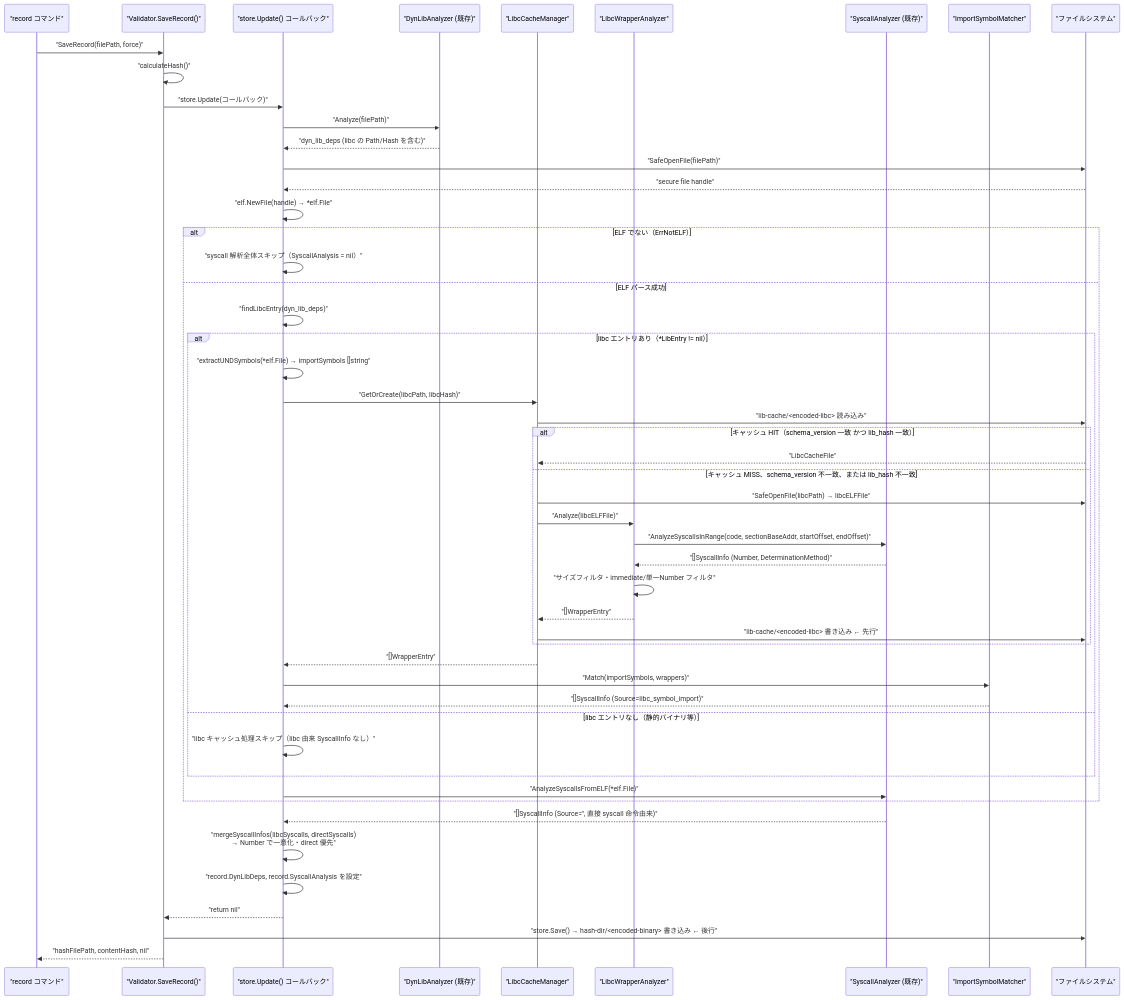
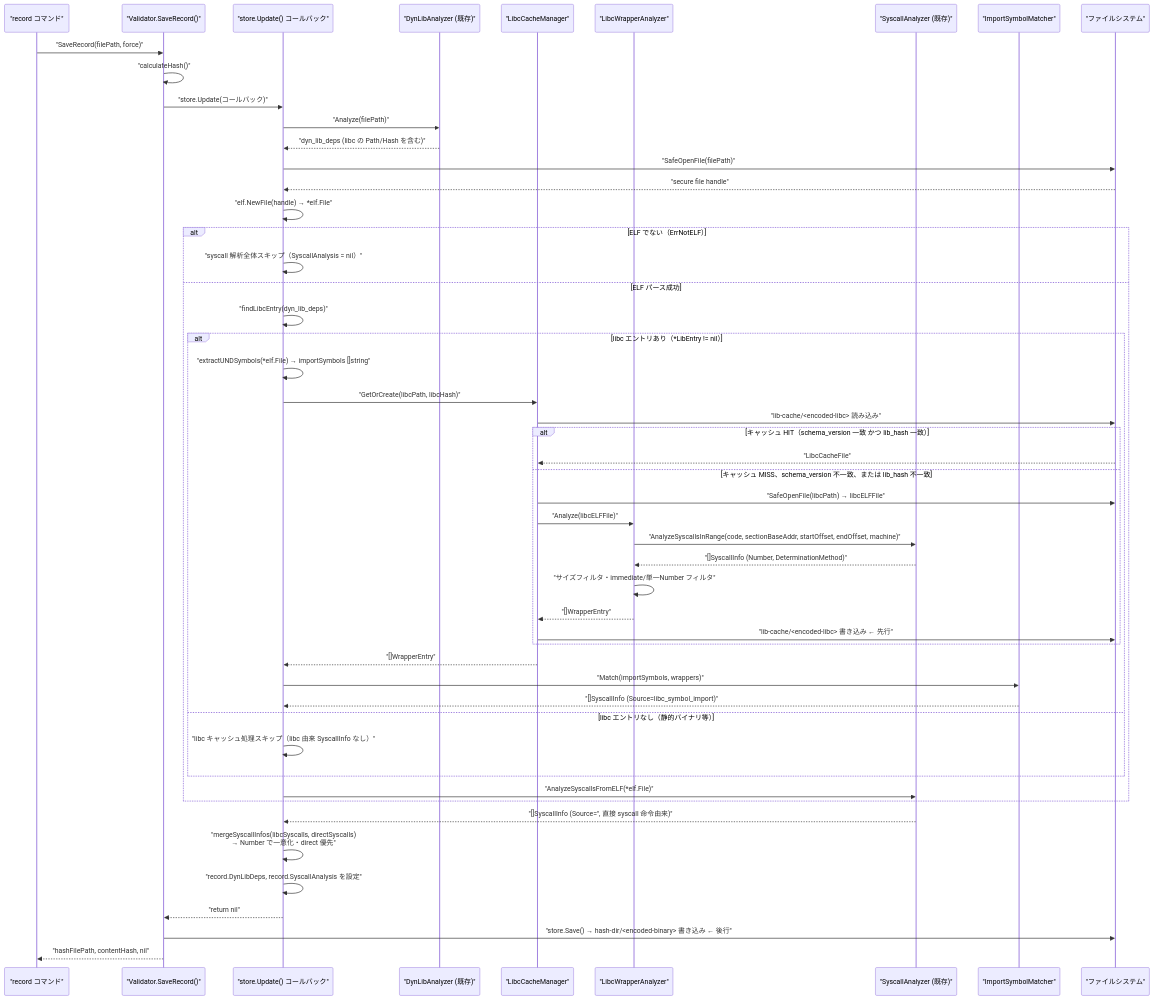
Before and after one commit to isseis/go-safe-cmd-runner: the fourth of 9 diagrams in docs/tasks/0079_libc_syscall_wrapper_cache/02_architecture.md, drawn with Mermaid. The commit also changed other lines of this file and 1 other file, not shown here.

First line of the commit message:
docs(tasks/0079): fix AnalyzeSyscallsInRange signature to add machine argument

````diff
--- a/docs/tasks/0079_libc_syscall_wrapper_cache/02_architecture.md
+++ b/docs/tasks/0079_libc_syscall_wrapper_cache/02_architecture.md
@@ -123,54 +123,54 @@
 ```mermaid
 sequenceDiagram
     participant RC as "record コマンド"
     participant V as "Validator.SaveRecord()"
     participant CB as "store.Update() コールバック"
     participant DA as "DynLibAnalyzer (既存)"
     participant CM as "LibcCacheManager"
     participant WA as "LibcWrapperAnalyzer"
     participant SA as "SyscallAnalyzer (既存)"
     participant IM as "ImportSymbolMatcher"
     participant FS as "ファイルシステム"
 
     RC->>V: "SaveRecord(filePath, force)"
     V->>V: "calculateHash()"
     V->>CB: "store.Update(コールバック)"
     CB->>DA: "Analyze(filePath)"
     DA-->>CB: "dyn_lib_deps (libc の Path/Hash を含む)"
     CB->>FS: "SafeOpenFile(filePath)"
     FS-->>CB: "secure file handle"
     CB->>CB: "elf.NewFile(handle) → *elf.File"
     alt ELF でない（ErrNotELF）
         CB->>CB: "syscall 解析全体スキップ（SyscallAnalysis = nil）"
     else ELF パース成功
         CB->>CB: "findLibcEntry(dyn_lib_deps)"
         alt libc エントリあり（*LibEntry != nil）
             CB->>CB: "extractUNDSymbols(*elf.File) → importSymbols []string"
             CB->>CM: "GetOrCreate(libcPath, libcHash)"
             CM->>FS: "lib-cache/<encoded-libc> 読み込み"
             alt キャッシュ HIT（schema_version 一致 かつ lib_hash 一致）
                 FS-->>CM: "LibcCacheFile"
             else キャッシュ MISS、schema_version 不一致、または lib_hash 不一致
                 CM->>FS: "SafeOpenFile(libcPath) → libcELFFile"
                 CM->>WA: "Analyze(libcELFFile)"
-                WA->>SA: "AnalyzeSyscallsInRange(code, sectionBaseAddr, startOffset, endOffset)"
+                WA->>SA: "AnalyzeSyscallsInRange(code, sectionBaseAddr, startOffset, endOffset, machine)"
                 SA-->>WA: "[]SyscallInfo (Number, DeterminationMethod)"
                 WA->>WA: "サイズフィルタ・immediate/単一Number フィルタ"
                 WA-->>CM: "[]WrapperEntry"
                 CM->>FS: "lib-cache/<encoded-libc> 書き込み  ← 先行"
             end
             CM-->>CB: "[]WrapperEntry"
             CB->>IM: "Match(importSymbols, wrappers)"
             IM-->>CB: "[]SyscallInfo (Source=libc_symbol_import)"
         else libc エントリなし（静的バイナリ等）
             CB->>CB: "libc キャッシュ処理スキップ（libc 由来 SyscallInfo なし）"
         end
         CB->>SA: "AnalyzeSyscallsFromELF(*elf.File)"
     end
     SA-->>CB: "[]SyscallInfo (Source='', 直接 syscall 命令由来)"
     CB->>CB: "mergeSyscallInfos(libcSyscalls, directSyscalls)<br>→ Number で一意化・direct 優先"
     CB->>CB: "record.DynLibDeps, record.SyscallAnalysis を設定"
     CB-->>V: "return nil"
     V->>FS: "store.Save() → hash-dir/<encoded-binary> 書き込み  ← 後行"
     V-->>RC: "hashFilePath, contentHash, nil"
 ```
````
